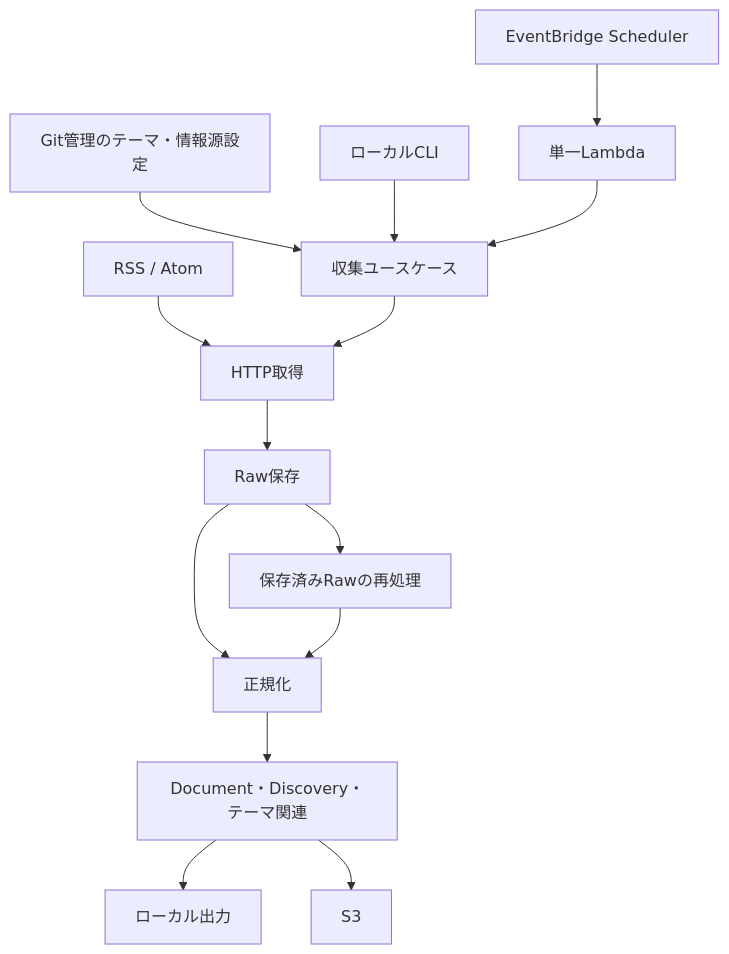
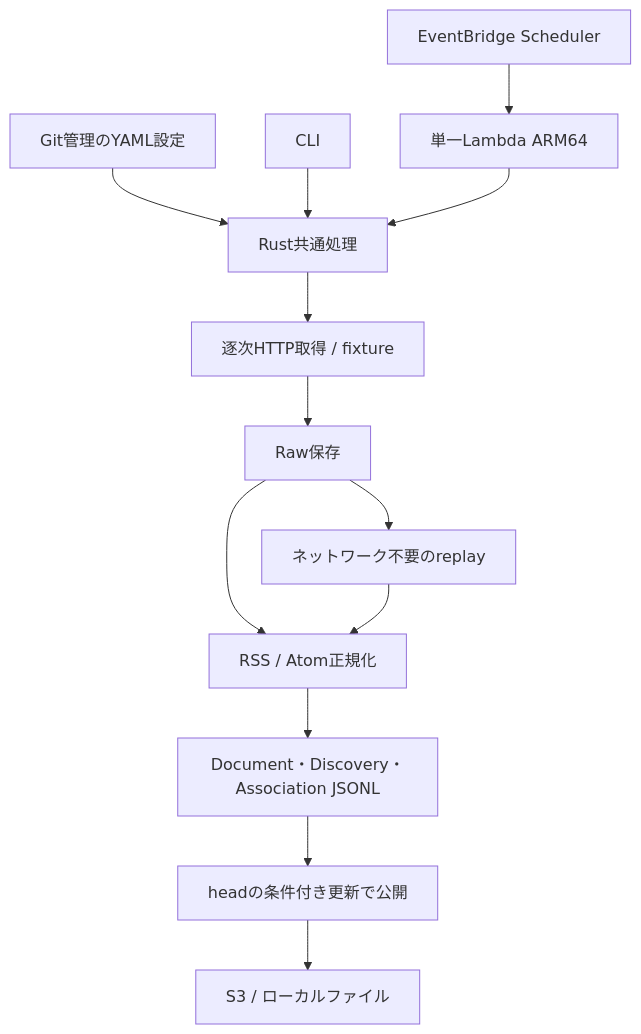
One commit to uta8a/curatedz changed the diagram in docs/architecture.md. Above: the diagram before and after it, drawn with Mermaid. The commit also changed other lines of this file and 44 other files, not shown here.

````diff
--- a/docs/architecture.md
+++ b/docs/architecture.md
@@ -22,16 +5,15 @@
 ```mermaid
 flowchart TD
-    Config[Git管理のテーマ・情報源設定] --> Core[収集ユースケース]
-    CLI[ローカルCLI] --> Core
-    Scheduler[EventBridge Scheduler] --> Lambda[単一Lambda]
+    Config[Git管理のYAML設定] --> Core[Rust共通処理]
+    CLI[CLI] --> Core
+    Scheduler[EventBridge Scheduler] --> Lambda[単一Lambda ARM64]
     Lambda --> Core
-    RSS[RSS / Atom] --> Fetch[HTTP取得]
-    Core --> Fetch
+    Core --> Fetch[逐次HTTP取得 / fixture]
     Fetch --> Raw[Raw保存]
-    Raw --> Normalize[正規化]
-    Normalize --> Store[Document・Discovery・テーマ関連]
-    Store --> Local[ローカル出力]
-    Store --> S3[S3]
-    Raw --> Replay[保存済みRawの再処理]
+    Raw --> Normalize[RSS / Atom正規化]
+    Normalize --> Batch[Document・Discovery・Association JSONL]
+    Batch --> Commit[headの条件付き更新で公開]
+    Commit --> Storage[S3 / ローカルファイル]
+    Raw --> Replay[ネットワーク不要のreplay]
     Replay --> Normalize
 ```
````
